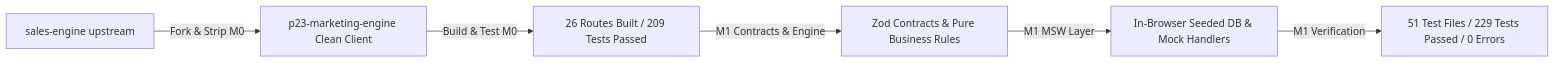
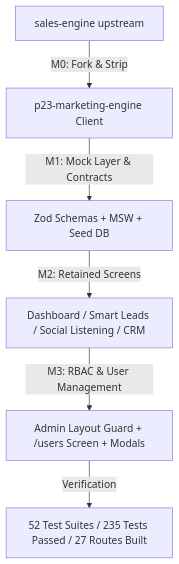
The diagram in guides/walkthrough.md (ChidiTeng/p23-marketing-engine), drawn with Mermaid before and after one commit. The commit also changed other lines of this file, not shown here.

Commit message:
docs: update walkthrough with milestone M3 user management and RBAC details

````diff
--- a/guides/walkthrough.md
+++ b/guides/walkthrough.md
@@ -7,8 +7,8 @@
 ```mermaid
-flowchart LR
-    A[sales-engine upstream] -->|Fork & Strip M0| B[p23-marketing-engine Clean Client]
-    B -->|Build & Test M0| C[26 Routes Built / 209 Tests Passed]
-    C -->|M1 Contracts & Engine| D[Zod Contracts & Pure Business Rules]
-    D -->|M1 MSW Layer| E[In-Browser Seeded DB & Mock Handlers]
-    E -->|M1 Verification| F[51 Test Files / 229 Tests Passed / 0 Errors]
+flowchart TD
+    A[sales-engine upstream] -->|M0: Fork & Strip| B[p23-marketing-engine Client]
+    B -->|M1: Mock Layer & Contracts| C[Zod Schemas + MSW + Seed DB]
+    C -->|M2: Retained Screens| D[Dashboard / Smart Leads / Social Listening / CRM]
+    D -->|M3: RBAC & User Management| E[Admin Layout Guard + /users Screen + Modals]
+    E -->|Verification| F[52 Test Suites / 235 Tests Passed / 27 Routes Built]
 ```
````
